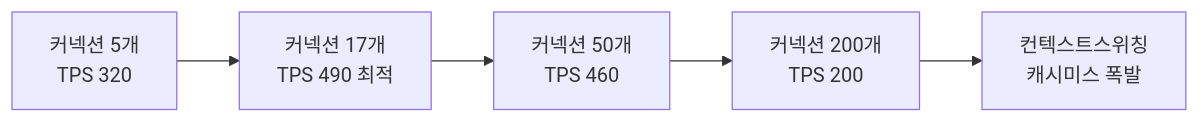
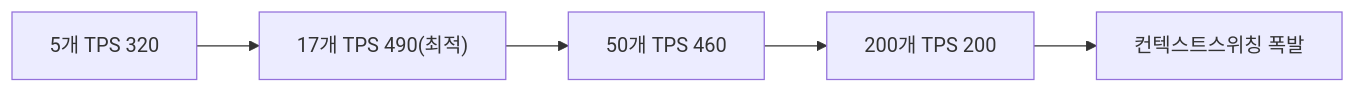
The fourth of 7 diagrams in _posts/db/2026-05-01-db-connection-pool.md (yjkim2015/yjkim2015.github.io), drawn with Mermaid before and after one commit. The commit also changed other lines of this file and 245 other files, not shown here.

First line of the commit message:
Mermaid 다이어그램 전면 수정 + 면접 포인트 접기/펼치기 + DB 데드락 페이지

````diff
--- a/_posts/db/2026-05-01-db-connection-pool.md
+++ b/_posts/db/2026-05-01-db-connection-pool.md
@@ -494,7 +494,7 @@
 ```mermaid
 graph LR
-    A[커넥션 5개<br/>TPS 320] --> B[커넥션 17개<br/>TPS 490 최적]
-    B --> C[커넥션 50개<br/>TPS 460]
-    C --> D[커넥션 200개<br/>TPS 200]
-    D --> E[컨텍스트스위칭<br/>캐시미스 폭발]
+    A["5개 TPS 320"] --> B["17개 TPS 490(최적)"]
+    B --> C["50개 TPS 460"]
+    C --> D["200개 TPS 200"]
+    D --> E["컨텍스트스위칭 폭발"]
 ```
````
